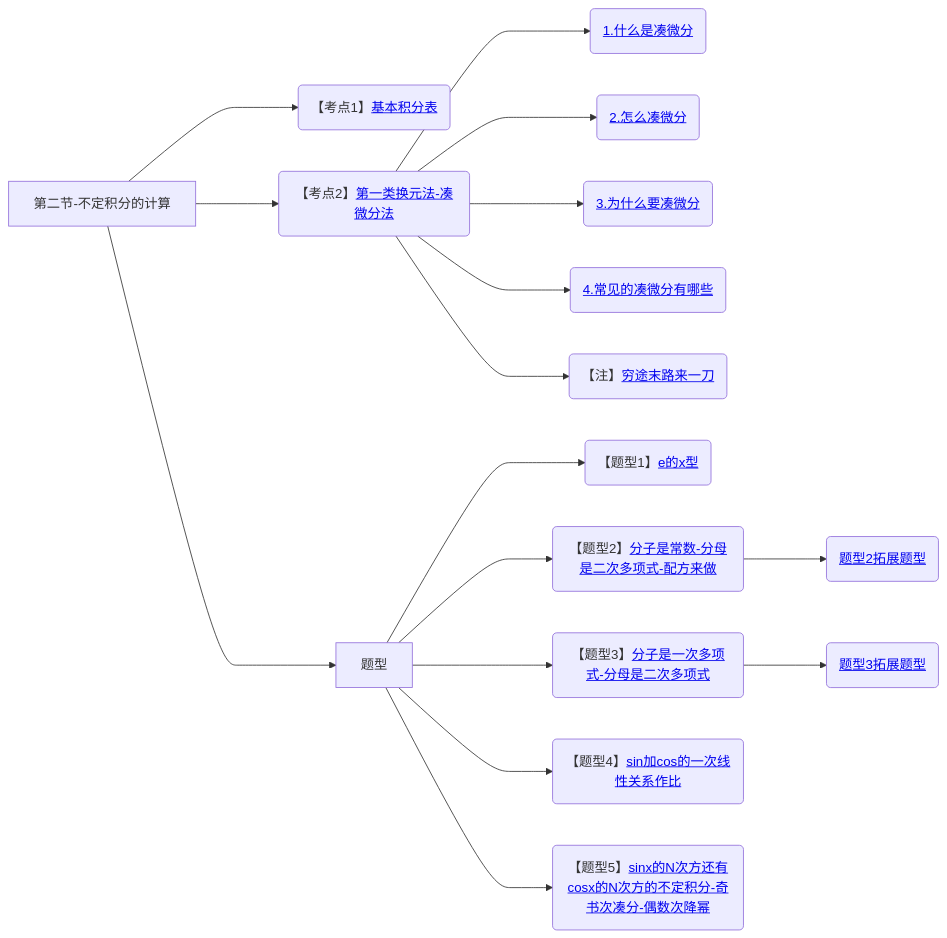
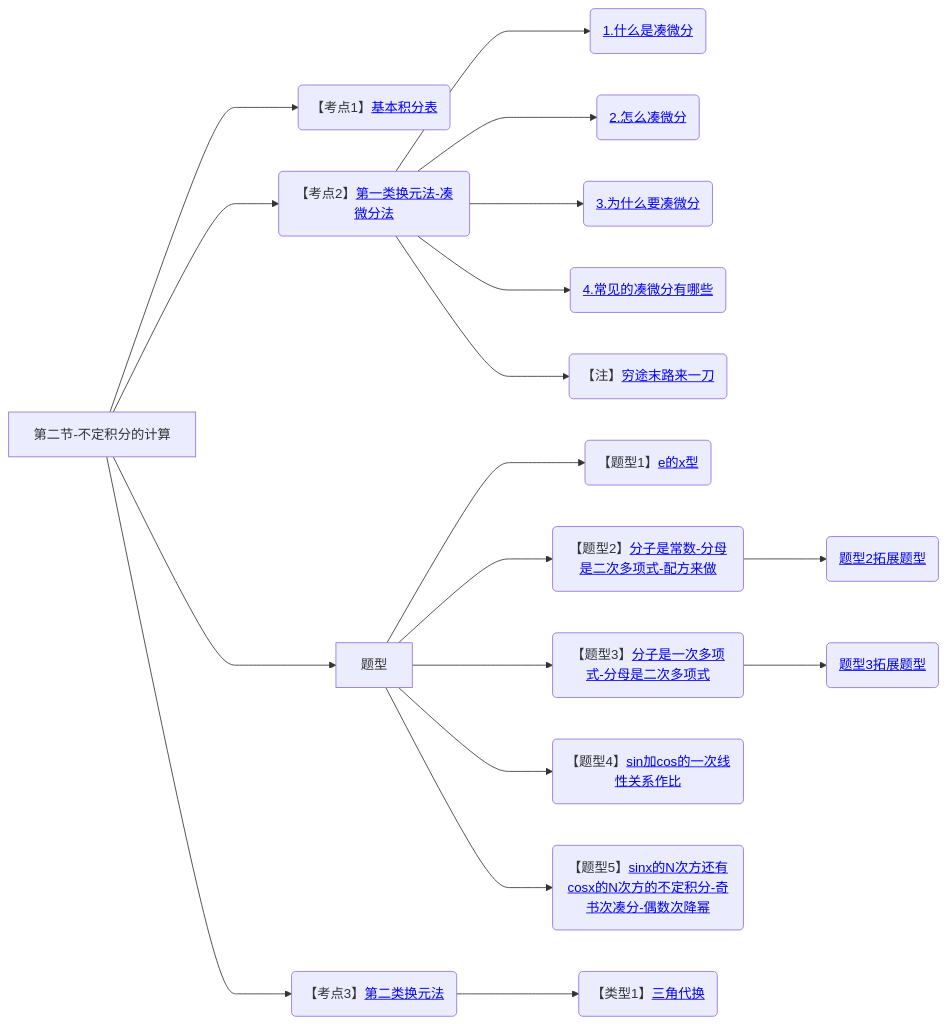
Before and after one commit to yuebinghui/note: diagram 18 of 18 in 笔记/数学/周洋鑫/01.基础班思维导图.md, drawn with Mermaid. The commit also changed 6 other files, not shown here.

````diff
--- a/笔记/数学/周洋鑫/01.基础班思维导图.md
+++ b/笔记/数学/周洋鑫/01.基础班思维导图.md
@@ -625,23 +625,26 @@
 ```mermaid
 graph LR
 第二节-不定积分的计算
 
 第二节-不定积分的计算--->基本积分表(【考点1】<a href="/Users/yuebinghui/Documents/program/github/note/笔记/数学/周洋鑫/基础班/18.不定积分_1.md#基本积分表">基本积分表</>)
 
 第二节-不定积分的计算--->第一类换元法-凑微分法(【考点2】<a href="/Users/yuebinghui/Documents/program/github/note/笔记/数学/周洋鑫/基础班/18.不定积分_1.md#第一类换元法-凑微分法">第一类换元法-凑微分法</>)
 第一类换元法-凑微分法--->1.什么是凑微分(<a href="/Users/yuebinghui/Documents/program/github/note/笔记/数学/周洋鑫/基础班/18.不定积分_1.md#1.什么是凑微分">1.什么是凑微分</>)
 第一类换元法-凑微分法--->2.怎么凑微分(<a href="/Users/yuebinghui/Documents/program/github/note/笔记/数学/周洋鑫/基础班/18.不定积分_1.md#2.怎么凑微分">2.怎么凑微分</>)
 第一类换元法-凑微分法--->3.为什么要凑微分(<a href="/Users/yuebinghui/Documents/program/github/note/笔记/数学/周洋鑫/基础班/18.不定积分_1.md#3.为什么要凑微分">3.为什么要凑微分</>)
 第一类换元法-凑微分法--->4.常见的凑微分有哪些(<a href="/Users/yuebinghui/Documents/program/github/note/笔记/数学/周洋鑫/基础班/18.不定积分_1.md#4.常见的凑微分有哪些">4.常见的凑微分有哪些</>)
 第一类换元法-凑微分法--->穷途末路来一刀(【注】<a href="/Users/yuebinghui/Documents/program/github/note/笔记/数学/周洋鑫/基础班/18.不定积分_1.md#穷途末路来一刀">穷途末路来一刀</>)
 
 第二节-不定积分的计算--->题型
 题型--->e的x型(【题型1】<a href="/Users/yuebinghui/Documents/program/github/note/笔记/数学/周洋鑫/基础班/18.不定积分_1.md#e的x型">e的x型</>)
 题型--->分子是常数-分母是二次多项式-配方来做(【题型2】<a href="/Users/yuebinghui/Documents/program/github/note/笔记/数学/周洋鑫/基础班/19.不定积分_2.md#分子是常数-分母是二次多项式-配方来做">分子是常数-分母是二次多项式-配方来做</>)
 分子是常数-分母是二次多项式-配方来做--->题型2拓展题型(<a href="/Users/yuebinghui/Documents/program/github/note/笔记/数学/周洋鑫/基础班/19.不定积分_2.md#题型2拓展题型">题型2拓展题型</>)
 题型--->分子是一次多项式-分母是二次多项式(【题型3】<a href="/Users/yuebinghui/Documents/program/github/note/笔记/数学/周洋鑫/基础班/19.不定积分_2.md#分子是一次多项式-分母是二次多项式">分子是一次多项式-分母是二次多项式</>)
 分子是一次多项式-分母是二次多项式--->题型3拓展题型(<a href="/Users/yuebinghui/Documents/program/github/note/笔记/数学/周洋鑫/基础班/19.不定积分_2.md#题型3拓展题型">题型3拓展题型</>)
 题型--->sin加cos的一次线性关系作比(【题型4】<a href="/Users/yuebinghui/Documents/program/github/note/笔记/数学/周洋鑫/基础班/19.不定积分_2.md#sin加cos的一次线性关系作比">sin加cos的一次线性关系作比</>)
 题型--->sinx的N次方还有cosx的N次方的不定积分-奇书次凑分-偶数次降幂(【题型5】<a href="/Users/yuebinghui/Documents/program/github/note/笔记/数学/周洋鑫/基础班/19.不定积分_2.md#sinx的N次方还有cosx的N次方的不定积分-奇书次凑分-偶数次降幂">sinx的N次方还有cosx的N次方的不定积分-奇书次凑分-偶数次降幂</>)
 
+第二节-不定积分的计算--->第二类换元法(【考点3】<a href="/Users/yuebinghui/Documents/program/github/note/笔记/数学/周洋鑫/基础班/19.不定积分_2.md#第二类换元法">第二类换元法</>)
+第二类换元法--->三角代换(【类型1】<a href="/Users/yuebinghui/Documents/program/github/note/笔记/数学/周洋鑫/基础班/19.不定积分_2.md#三角代换">三角代换</>)
+
 ```
````
